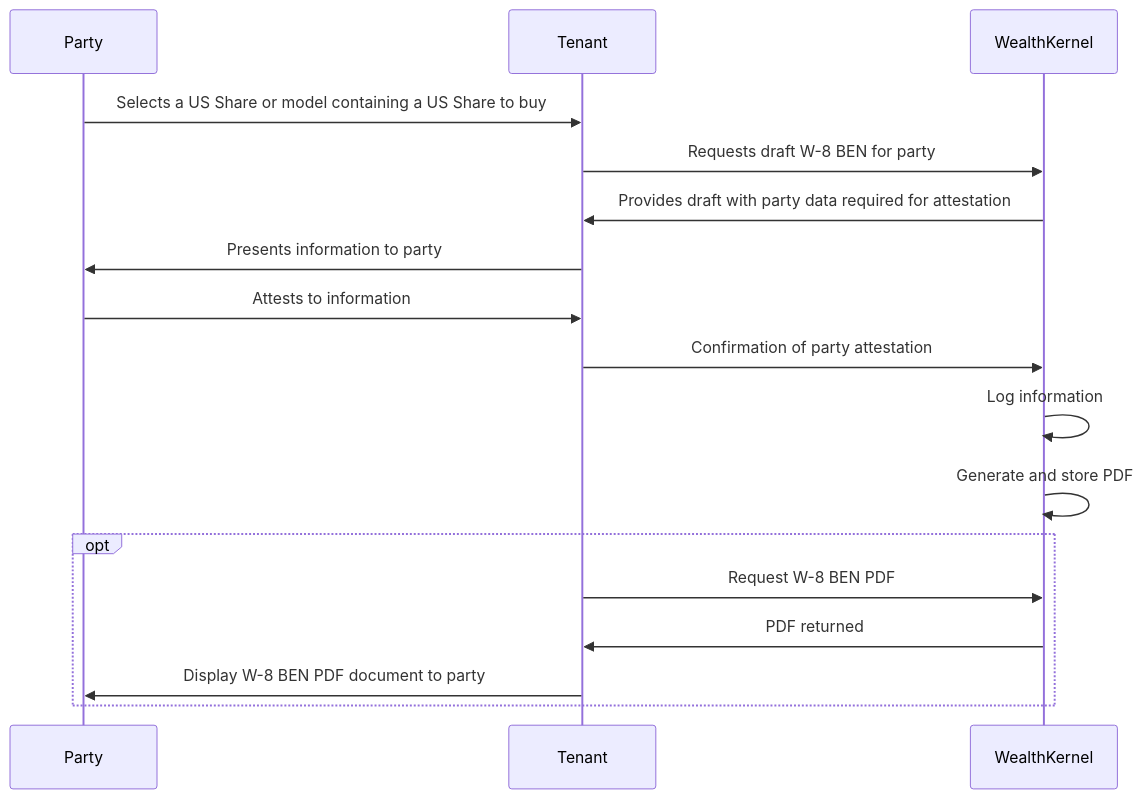
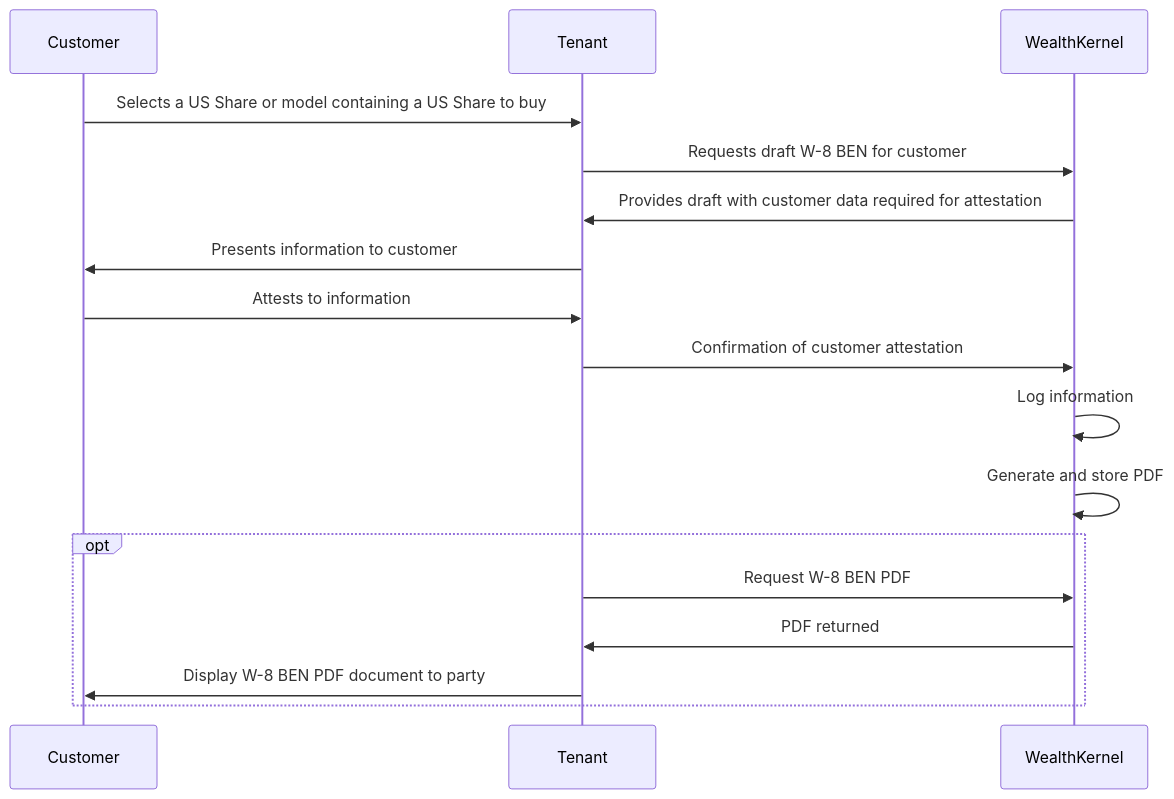
Before and after one commit to wealthkernel/api-documentation-guides: the diagram in docs/US-Withholding-Tax/Basics.md, drawn with Mermaid. The commit also changed other lines of this file and 1 other file, not shown here.

Commit message:
Modified 2 files

````diff
--- a/docs/US-Withholding-Tax/Basics.md
+++ b/docs/US-Withholding-Tax/Basics.md
@@ -15,19 +15,19 @@
 ```mermaid
 sequenceDiagram
-    participant P as Party
+    participant C as Customer
     participant T as Tenant
     participant W as WealthKernel
-    P->>T: Selects a US Share or model containing a US Share to buy
-    T->>W: Requests draft W-8 BEN for party
-    W->>T: Provides draft with party data required for attestation
-    T->>P: Presents information to party
-    P->>T: Attests to information
-    T->>W: Confirmation of party attestation
+    C->>T: Selects a US Share or model containing a US Share to buy
+    T->>W: Requests draft W-8 BEN for customer
+    W->>T: Provides draft with customer data required for attestation
+    T->>C: Presents information to customer
+    C->>T: Attests to information
+    T->>W: Confirmation of customer attestation
     W->>W: Log information 
     W->>W: Generate and store PDF
 opt   
     T->>W: Request W-8 BEN PDF
     W->>T: PDF returned
-    T->>P: Display W-8 BEN PDF document to party
+    T->>C: Display W-8 BEN PDF document to party
 end
 ```
````
